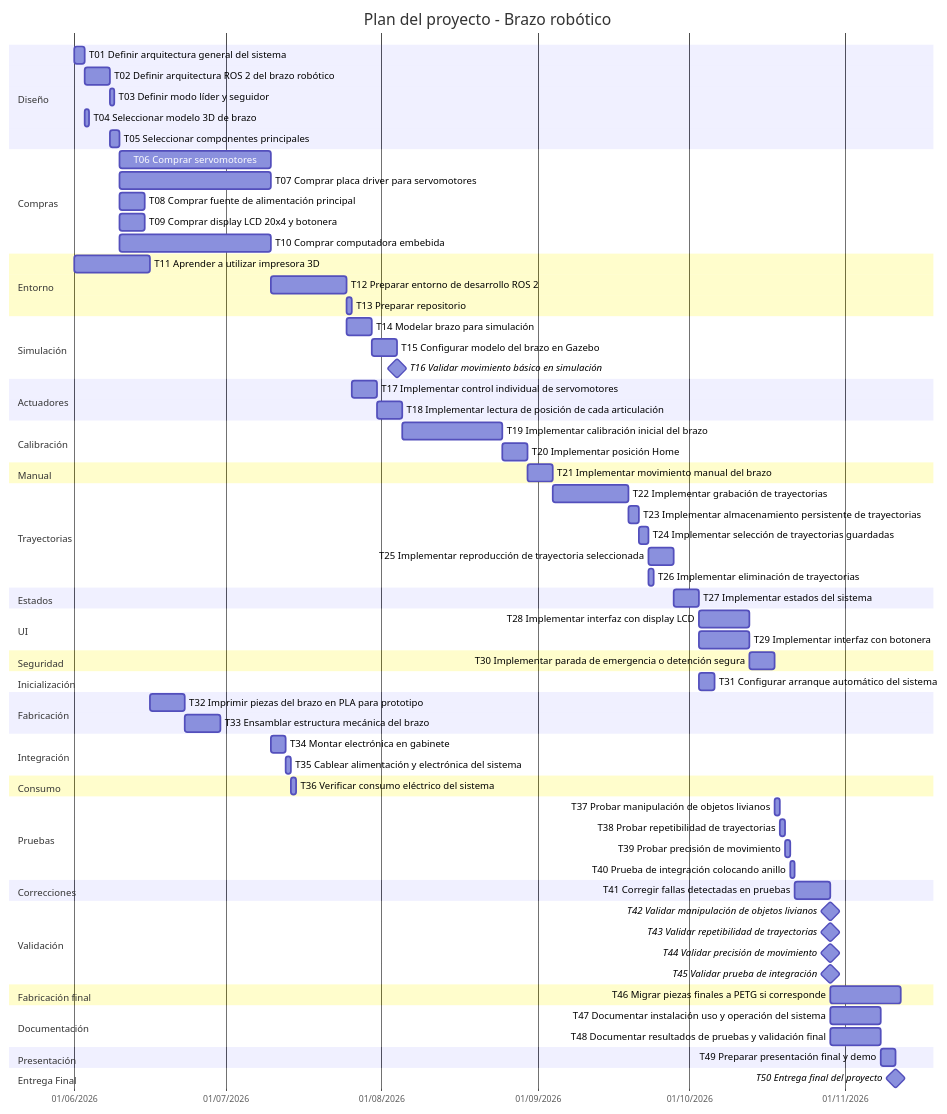
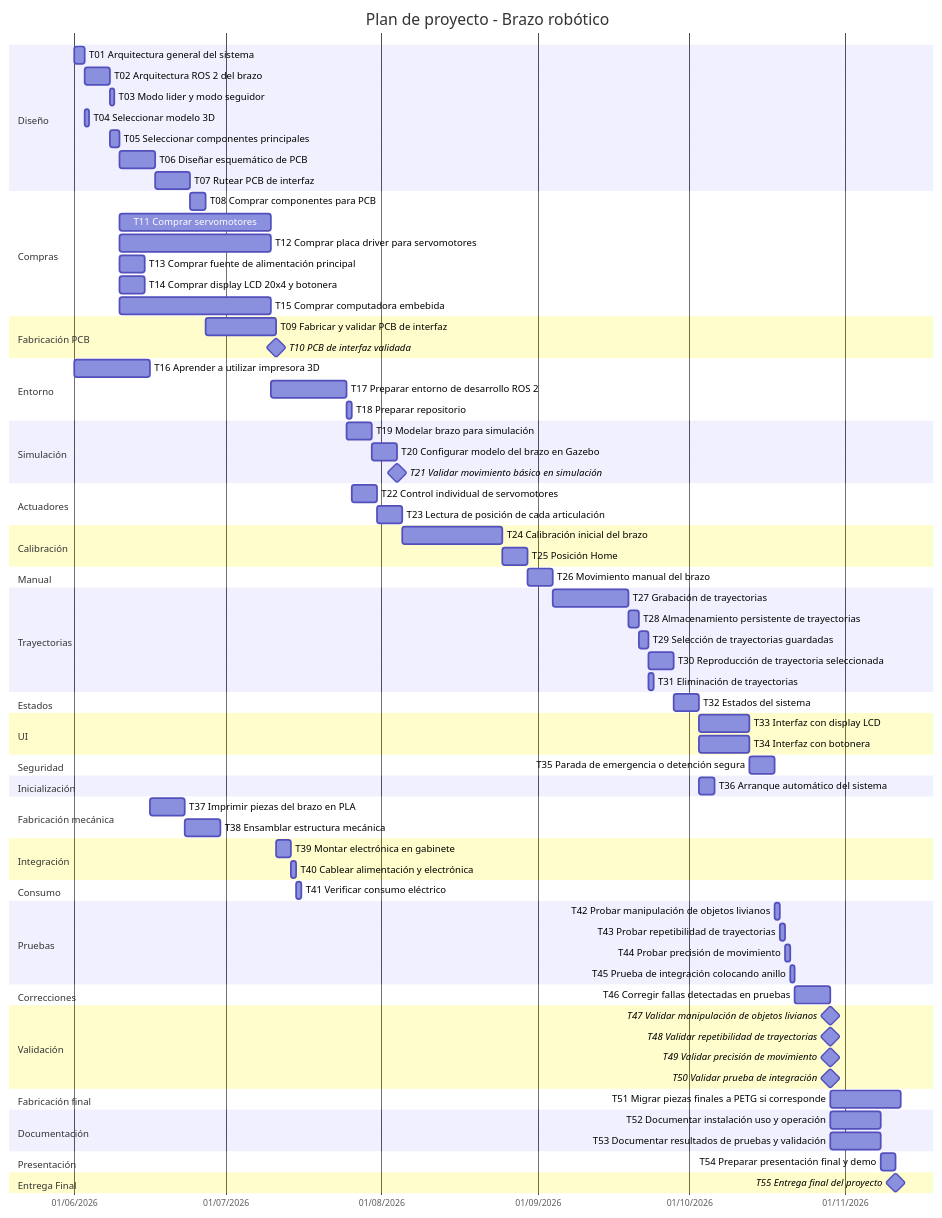
One commit to ealegremendoza/BrazoRobotico changed the diagram in doc/md/gantt.md. Above: the diagram before and after it, drawn with Mermaid.

````diff
--- a/doc/md/gantt.md
+++ b/doc/md/gantt.md
@@ -3,101 +3,107 @@
 ```mermaid
 gantt
-    title Plan del proyecto - Brazo robótico
+    title Plan de proyecto - Brazo robótico
     dateFormat  YYYY-MM-DD
     axisFormat  %d/%m/%Y
 
     section Diseño
-    T01 Definir arquitectura general del sistema              :t01, 2026-06-01, 2d
-    T02 Definir arquitectura ROS 2 del brazo robótico          :t02, after t01, 5d
-    T03 Definir modo líder y seguidor                          :t03, after t01 t02, 1d
-    T04 Seleccionar modelo 3D de brazo                         :t04, after t01, 1d
-    T05 Seleccionar componentes principales                    :t05, after t01 t02 t04, 2d
+    T01 Arquitectura general del sistema                     :t01, 2026-06-01, 2d
+    T02 Arquitectura ROS 2 del brazo                         :t02, after t01, 5d
+    T03 Modo lider y modo seguidor                           :t03, after t01 t02, 1d
+    T04 Seleccionar modelo 3D                                :t04, after t01, 1d
+    T05 Seleccionar componentes principales                  :t05, after t01 t02 t04, 2d
+    T06 Diseñar esquemático de PCB                           :t06, after t05, 7d
+    T07 Rutear PCB de interfaz                               :t07, after t06, 7d
 
     section Compras
-    T06 Comprar servomotores                                   :t06, after t05, 30d
-    T07 Comprar placa driver para servomotores                 :t07, after t05, 30d
-    T08 Comprar fuente de alimentación principal               :t08, after t05, 5d
-    T09 Comprar display LCD 20x4 y botonera                    :t09, after t05, 5d
-    T10 Comprar computadora embebida                           :t10, after t05, 30d
+    T08 Comprar componentes para PCB                         :t08, after t06 t07, 3d
+    T11 Comprar servomotores                                 :t11, after t05, 30d
+    T12 Comprar placa driver para servomotores               :t12, after t05, 30d
+    T13 Comprar fuente de alimentación principal             :t13, after t05, 5d
+    T14 Comprar display LCD 20x4 y botonera                  :t14, after t05, 5d
+    T15 Comprar computadora embebida                         :t15, after t05, 30d
+
+    section Fabricación PCB
+    T09 Fabricar y validar PCB de interfaz                   :t09, after t07 t08, 14d
+    T10 PCB de interfaz validada                             :milestone, t10, after t09, 0d
 
     section Entorno
-    T11 Aprender a utilizar impresora 3D                       :t11, 2026-06-01, 15d
-    T12 Preparar entorno de desarrollo ROS 2                   :t12, after t02 t10, 15d
-    T13 Preparar repositorio                                   :t13, after t12, 1d
+    T16 Aprender a utilizar impresora 3D                     :t16, 2026-06-01, 15d
+    T17 Preparar entorno de desarrollo ROS 2                 :t17, after t02 t15, 15d
+    T18 Preparar repositorio                                 :t18, after t17, 1d
 
     section Simulación
-    T14 Modelar brazo para simulación                          :t14, after t04 t12, 5d
-    T15 Configurar modelo del brazo en Gazebo                  :t15, after t14, 5d
-    T16 Validar movimiento básico en simulación                :milestone, t16, after t15, 0d
+    T19 Modelar brazo para simulación                        :t19, after t04 t17, 5d
+    T20 Configurar modelo del brazo en Gazebo                :t20, after t19, 5d
+    T21 Validar movimiento básico en simulación              :milestone, t21, after t20, 0d
 
     section Actuadores
-    T17 Implementar control individual de servomotores         :t17, after t06 t07 t12 t13, 5d
-    T18 Implementar lectura de posición de cada articulación   :t18, after t17, 5d
+    T22 Control individual de servomotores                   :t22, after t10 t11 t12 t17 t18, 5d
+    T23 Lectura de posición de cada articulación             :t23, after t22, 5d
 
     section Calibración
-    T19 Implementar calibración inicial del brazo              :t19, after t18, 20d
-    T20 Implementar posición Home                              :t20, after t19, 5d
+    T24 Calibración inicial del brazo                        :t24, after t23, 20d
+    T25 Posición Home                                        :t25, after t24, 5d
 
     section Manual
-    T21 Implementar movimiento manual del brazo                :t21, after t17 t18 t20, 5d
+    T26 Movimiento manual del brazo                          :t26, after t22 t23 t25, 5d
 
     section Trayectorias
-    T22 Implementar grabación de trayectorias                  :t22, after t18 t21, 15d
-    T23 Implementar almacenamiento persistente de trayectorias :t23, after t22, 2d
-    T24 Implementar selección de trayectorias guardadas        :t24, after t23, 2d
-    T25 Implementar reproducción de trayectoria seleccionada   :t25, after t23 t24, 5d
-    T26 Implementar eliminación de trayectorias                :t26, after t23 t24, 1d
+    T27 Grabación de trayectorias                            :t27, after t23 t26, 15d
+    T28 Almacenamiento persistente de trayectorias           :t28, after t27, 2d
+    T29 Selección de trayectorias guardadas                  :t29, after t28, 2d
+    T30 Reproducción de trayectoria seleccionada             :t30, after t28 t29, 5d
+    T31 Eliminación de trayectorias                          :t31, after t28 t29, 1d
 
     section Estados
-    T27 Implementar estados del sistema                        :t27, after t22 t25 t26, 5d
+    T32 Estados del sistema                                  :t32, after t27 t30 t31, 5d
 
     section UI
-    T28 Implementar interfaz con display LCD                   :t28, after t09 t27, 10d
-    T29 Implementar interfaz con botonera                      :t29, after t09 t27, 10d
+    T33 Interfaz con display LCD                             :t33, after t10 t14 t32, 10d
+    T34 Interfaz con botonera                                :t34, after t10 t14 t32, 10d
 
     section Seguridad
-    T30 Implementar parada de emergencia o detención segura    :t30, after t17 t25 t27 t29, 5d
+    T35 Parada de emergencia o detención segura              :t35, after t22 t30 t32 t34, 5d
 
     section Inicialización
-    T31 Configurar arranque automático del sistema             :t31, after t10 t12 t13 t27, 3d
+    T36 Arranque automático del sistema                      :t36, after t15 t17 t18 t32, 3d
 
-    section Fabricación
-    T32 Imprimir piezas del brazo en PLA para prototipo        :t32, after t04 t11, 7d
-    T33 Ensamblar estructura mecánica del brazo                :t33, after t32, 7d
+    section Fabricación mecánica
+    T37 Imprimir piezas del brazo en PLA                     :t37, after t04 t16, 7d
+    T38 Ensamblar estructura mecánica                        :t38, after t37, 7d
 
     section Integración
-    T34 Montar electrónica en gabinete                         :t34, after t06 t07 t08 t09 t10, 3d
-    T35 Cablear alimentación y electrónica del sistema         :t35, after t33 t34, 1d
+    T39 Montar electrónica en gabinete                       :t39, after t10 t11 t12 t13 t14 t15, 3d
+    T40 Cablear alimentación y electrónica                   :t40, after t10 t38 t39, 1d
 
     section Consumo
-    T36 Verificar consumo eléctrico del sistema                :t36, after t35, 1d
+    T41 Verificar consumo eléctrico                          :t41, after t40, 1d
 
     section Pruebas
-    T37 Probar manipulación de objetos livianos                :t37, after t25 t30 t33 t35 t36, 1d
-    T38 Probar repetibilidad de trayectorias                   :t38, after t37, 1d
-    T39 Probar precisión de movimiento                         :t39, after t37 t38, 1d
-    T40 Prueba de integración colocando anillo                 :t40, after t39, 1d
+    T42 Probar manipulación de objetos livianos              :t42, after t30 t35 t38 t40 t41, 1d
+    T43 Probar repetibilidad de trayectorias                 :t43, after t42, 1d
+    T44 Probar precisión de movimiento                       :t44, after t42 t43, 1d
+    T45 Prueba de integración colocando anillo               :t45, after t44, 1d
 
     section Correcciones
-    T41 Corregir fallas detectadas en pruebas                  :t41, after t37 t38 t39 t40, 7d
+    T46 Corregir fallas detectadas en pruebas                :t46, after t42 t43 t44 t45, 7d
 
     section Validación
-    T42 Validar manipulación de objetos livianos               :milestone, t42, after t37 t41, 0d
-    T43 Validar repetibilidad de trayectorias                  :milestone, t43, after t38 t41, 0d
-    T44 Validar precisión de movimiento                        :milestone, t44, after t39 t41, 0d
-    T45 Validar prueba de integración                          :milestone, t45, after t40 t41, 0d
+    T47 Validar manipulación de objetos livianos             :milestone, t47, after t42 t46, 0d
+    T48 Validar repetibilidad de trayectorias                :milestone, t48, after t43 t46, 0d
+    T49 Validar precisión de movimiento                      :milestone, t49, after t44 t46, 0d
+    T50 Validar prueba de integración                        :milestone, t50, after t45 t46, 0d
 
     section Fabricación final
-    T46 Migrar piezas finales a PETG si corresponde            :t46, after t11 t41, 14d
+    T51 Migrar piezas finales a PETG si corresponde          :t51, after t16 t46, 14d
 
     section Documentación
-    T47 Documentar instalación uso y operación del sistema     :t47, after t28 t29 t31 t41 t45, 10d
-    T48 Documentar resultados de pruebas y validación final    :t48, after t36 t37 t38 t39 t40 t41 t42 t43 t44 t45, 10d
+    T52 Documentar instalación uso y operación               :t52, after t33 t34 t36 t46 t50, 10d
+    T53 Documentar resultados de pruebas y validación        :t53, after t41 t42 t43 t44 t45 t46 t47 t48 t49 t50, 10d
 
     section Presentación
-    T49 Preparar presentación final y demo                     :t49, after t47 t48, 3d
+    T54 Preparar presentación final y demo                   :t54, after t52 t53, 3d
 
     section Entrega Final
-    T50 Entrega final del proyecto                             :milestone, t50, after t49, 0d
-
+    T55 Entrega final del proyecto                           :milestone, t55, after t54, 0d
 ```
````
